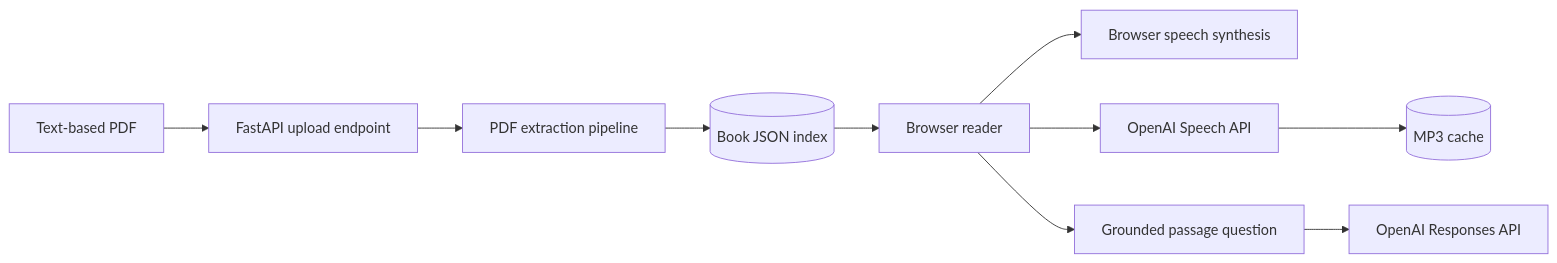
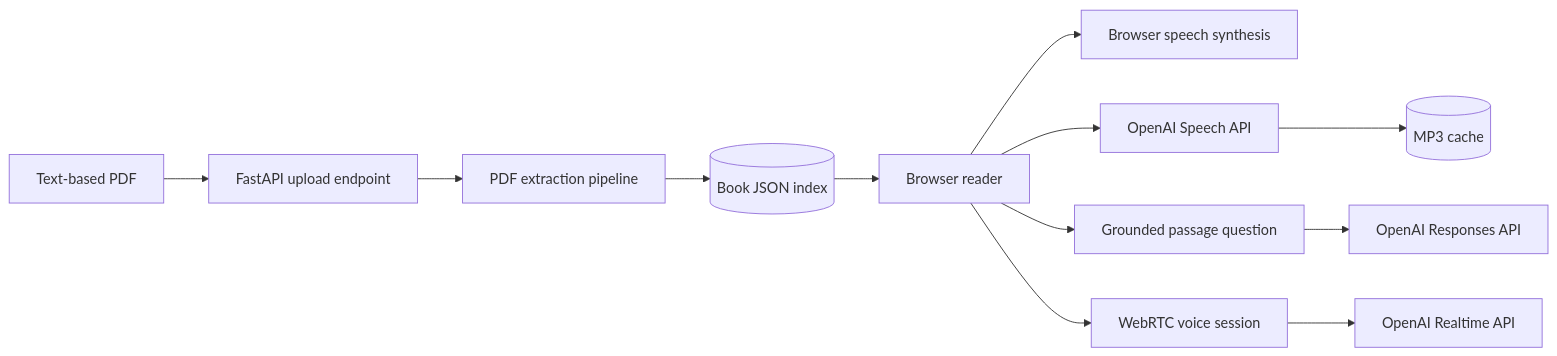
The diagram in README.md (bhavya2442000/the-talking-book), drawn with Mermaid before and after one commit. The commit also changed other lines of this file and 13 other files, not shown here.

````diff
--- a/README.md
+++ b/README.md
@@ -136,12 +143,14 @@
 ```mermaid
 flowchart LR
     PDF[Text-based PDF] --> API[FastAPI upload endpoint]
     API --> Parser[PDF extraction pipeline]
     Parser --> Index[(Book JSON index)]
     Index --> Reader[Browser reader]
     Reader --> BrowserVoice[Browser speech synthesis]
     Reader --> SpeechAPI[OpenAI Speech API]
     SpeechAPI --> AudioCache[(MP3 cache)]
     Reader --> Companion[Grounded passage question]
     Companion --> ResponsesAPI[OpenAI Responses API]
+    Reader --> Realtime[WebRTC voice session]
+    Realtime --> RealtimeAPI[OpenAI Realtime API]
 ```
````
